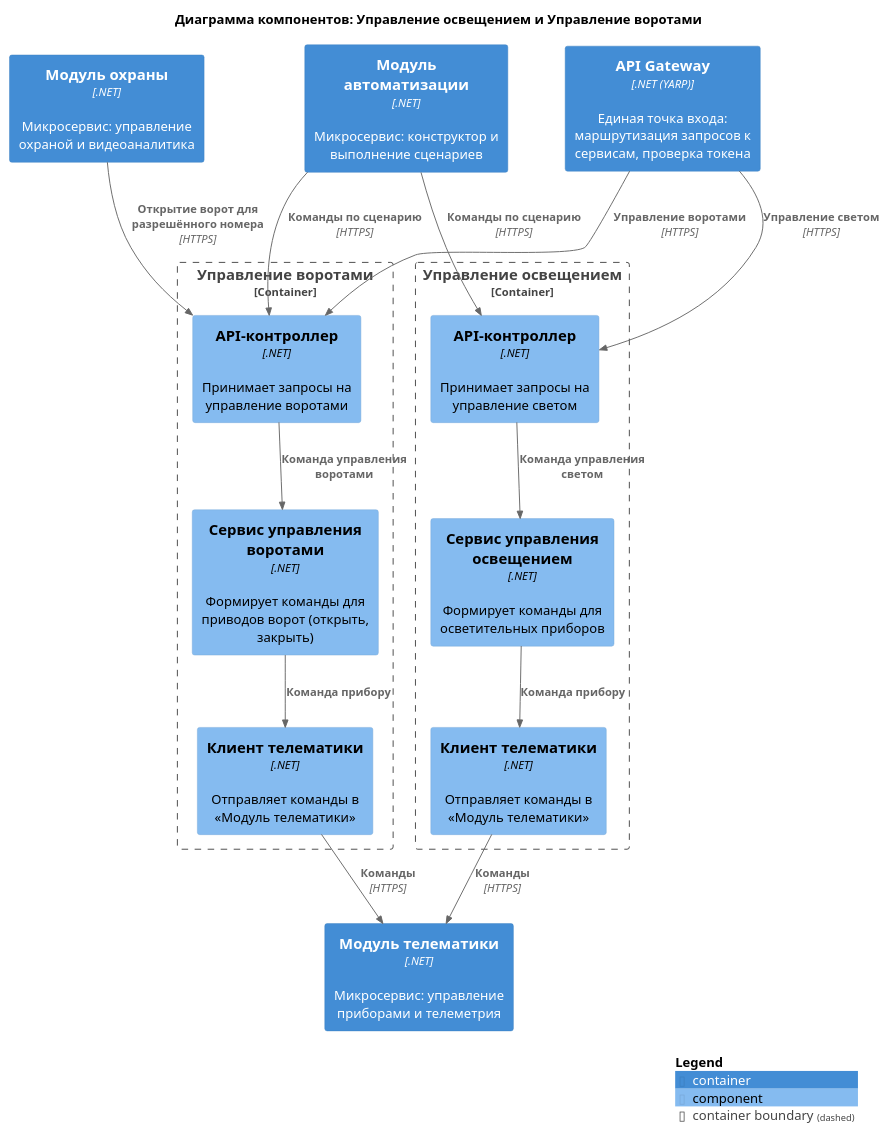
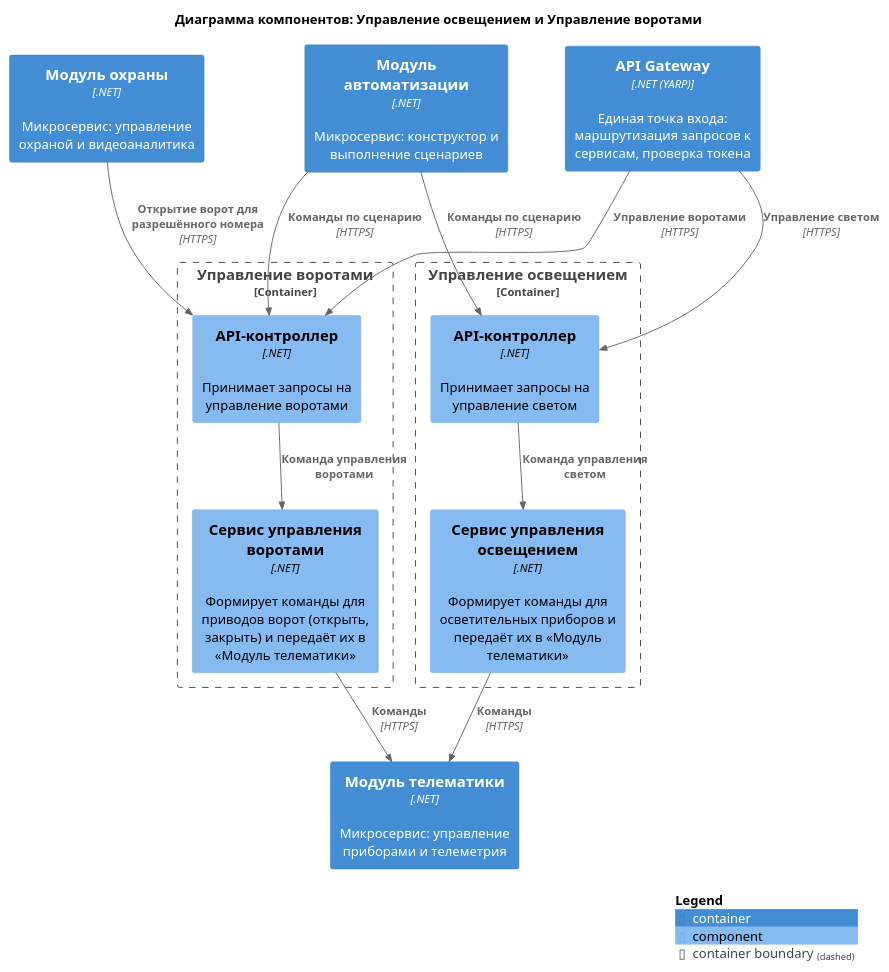
Before and after one commit to Lyamin-av/architecture-warmhouse: the diagram in diagrams/components/lighting-gate.puml, drawn with PlantUML. The commit also changed 11 other files, not shown here.

```diff
--- a/diagrams/components/lighting-gate.puml
+++ b/diagrams/components/lighting-gate.puml
@@ -1,37 +1,33 @@
 @startuml lighting-gate
 !include <C4/C4_Component>
 
 title Диаграмма компонентов: Управление освещением и Управление воротами
 
 Container(Gateway, "API Gateway", ".NET (YARP)", "Единая точка входа: маршрутизация запросов к сервисам, проверка токена")
 Container(Automation, "Модуль автоматизации", ".NET", "Микросервис: конструктор и выполнение сценариев")
 Container(Security, "Модуль охраны", ".NET", "Микросервис: управление охраной и видеоаналитика")
 Container(Telematics, "Модуль телематики", ".NET", "Микросервис: управление приборами и телеметрия")
 
 Container_Boundary(Lighting, "Управление освещением") {
     Component(lApi, "API-контроллер", ".NET", "Принимает запросы на управление светом")
-    Component(lService, "Сервис управления освещением", ".NET", "Формирует команды для осветительных приборов")
-    Component(lClient, "Клиент телематики", ".NET", "Отправляет команды в «Модуль телематики»")
+    Component(lService, "Сервис управления освещением", ".NET", "Формирует команды для осветительных приборов и передаёт их в «Модуль телематики»")
 }
 
 Container_Boundary(GateControl, "Управление воротами") {
     Component(gApi, "API-контроллер", ".NET", "Принимает запросы на управление воротами")
-    Component(gService, "Сервис управления воротами", ".NET", "Формирует команды для приводов ворот (открыть, закрыть)")
-    Component(gClient, "Клиент телематики", ".NET", "Отправляет команды в «Модуль телематики»")
+    Component(gService, "Сервис управления воротами", ".NET", "Формирует команды для приводов ворот (открыть, закрыть) и передаёт их в «Модуль телематики»")
 }
 
 Rel(Gateway, lApi, "Управление светом", "HTTPS")
 Rel(Automation, lApi, "Команды по сценарию", "HTTPS")
 Rel(lApi, lService, "Команда управления светом")
-Rel(lService, lClient, "Команда прибору")
-Rel(lClient, Telematics, "Команды", "HTTPS")
+Rel(lService, Telematics, "Команды", "HTTPS")
 
 Rel(Gateway, gApi, "Управление воротами", "HTTPS")
 Rel(Automation, gApi, "Команды по сценарию", "HTTPS")
 Rel(Security, gApi, "Открытие ворот для разрешённого номера", "HTTPS")
 Rel(gApi, gService, "Команда управления воротами")
-Rel(gService, gClient, "Команда прибору")
-Rel(gClient, Telematics, "Команды", "HTTPS")
+Rel(gService, Telematics, "Команды", "HTTPS")
 
 SHOW_LEGEND()
 @enduml
```
